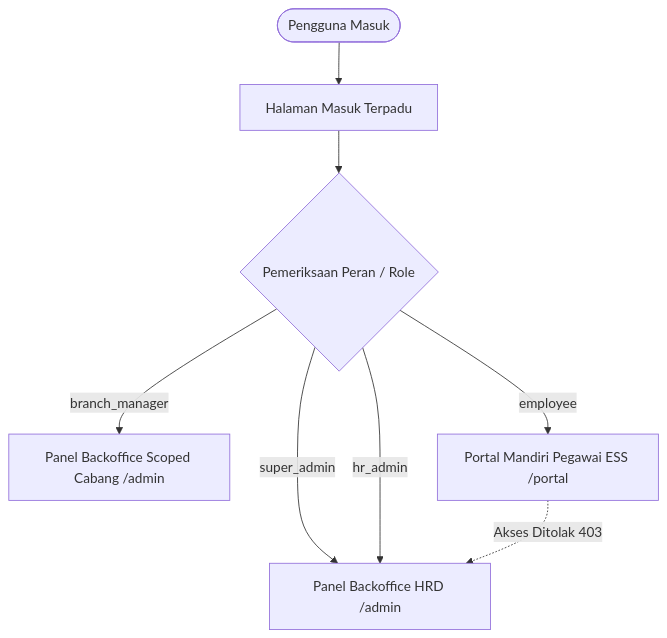
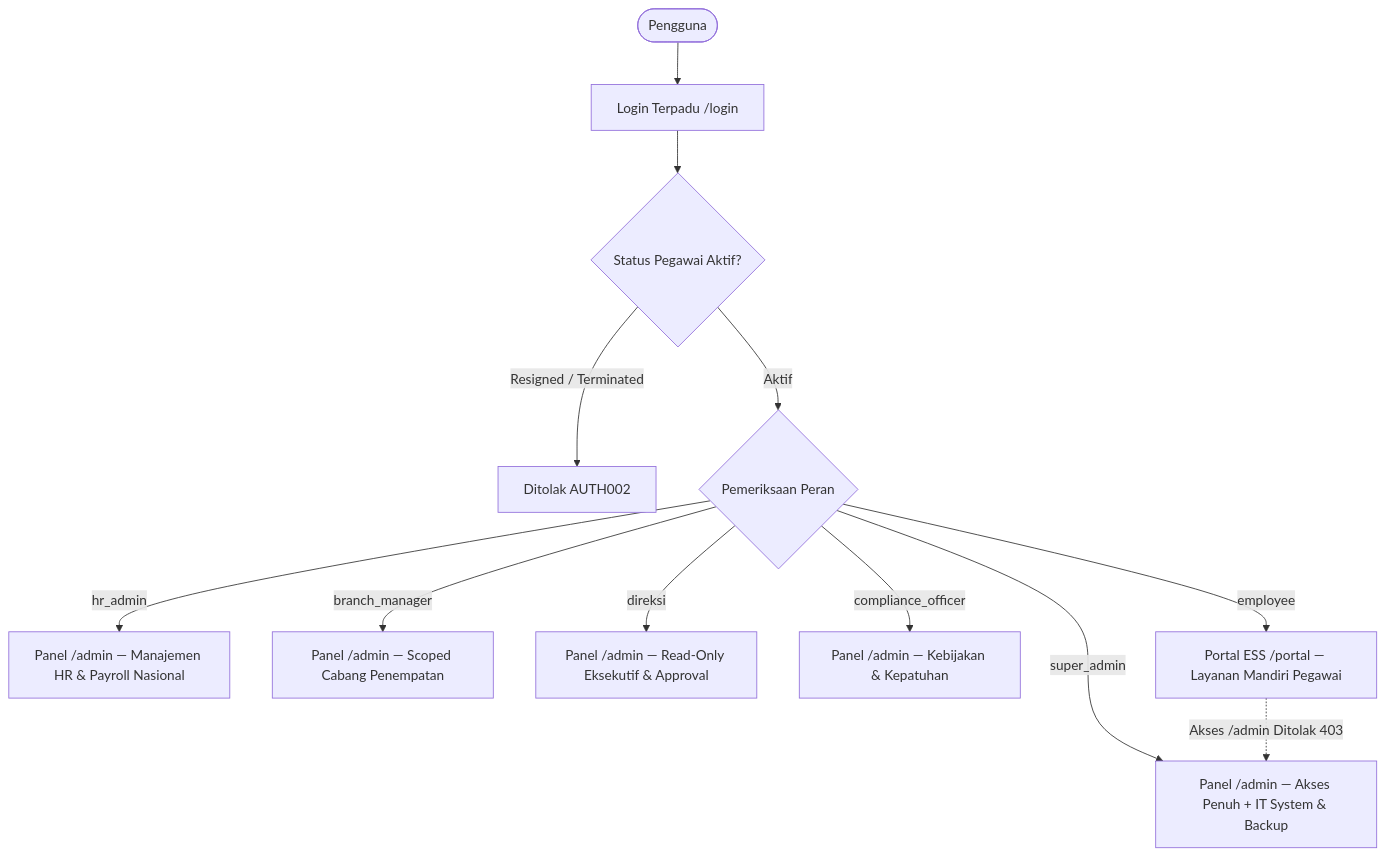
One commit to Blazingctz10/Lara-HRIS changed the first of 2 diagrams in README.md. Above: the diagram before and after it, drawn with Mermaid. The commit also changed other lines of this file, not shown here.

Commit message:
docs(readme): modernize README with Laravel 12/Filament v5 stack, full RBAC, failsafe logging, and remove outdated launcher.ps1

````diff
--- a/README.md
+++ b/README.md
@@ -30,12 +41,16 @@
 ```mermaid
 graph TD
-    User([Pengguna Masuk]) --> Login[Halaman Masuk Terpadu]
-    Login --> AuthCheck{Pemeriksaan Peran / Role}
-    
-    AuthCheck -->|super_admin| AdminPanel[Panel Backoffice HRD /admin]
-    AuthCheck -->|hr_admin| AdminPanel
-    AuthCheck -->|branch_manager| AdminScoped[Panel Backoffice Scoped Cabang /admin]
-    AuthCheck -->|employee| PortalPanel[Portal Mandiri Pegawai ESS /portal]
-    
-    PortalPanel -.->|Akses Ditolak 403| AdminPanel
+    User([Pengguna]) --> Login[Login Terpadu /login]
+    Login --> StatusCheck{Status Pegawai Aktif?}
+    StatusCheck -->|Resigned / Terminated| Blocked[Ditolak AUTH002]
+    StatusCheck -->|Aktif| RoleCheck{Pemeriksaan Peran}
+
+    RoleCheck -->|super_admin| AdminFull[Panel /admin — Akses Penuh + IT System & Backup]
+    RoleCheck -->|hr_admin| AdminHR[Panel /admin — Manajemen HR & Payroll Nasional]
+    RoleCheck -->|branch_manager| AdminBranch[Panel /admin — Scoped Cabang Penempatan]
+    RoleCheck -->|direksi| AdminExec[Panel /admin — Read-Only Eksekutif & Approval]
+    RoleCheck -->|compliance_officer| AdminComp[Panel /admin — Kebijakan & Kepatuhan]
+    RoleCheck -->|employee| PortalESS[Portal ESS /portal — Layanan Mandiri Pegawai]
+
+    PortalESS -.->|Akses /admin Ditolak 403| AdminFull
 ```
````
